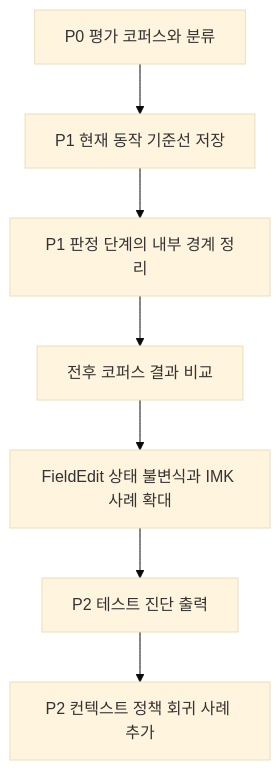
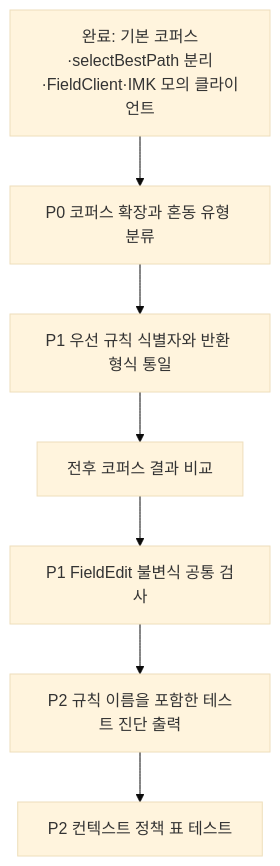
Before and after one commit to iasandcb/seto: the second of 2 diagrams in docs/proposal.md, drawn with Mermaid (base theme). The commit also changed other lines of this file and 7 other files, not shown here.

````diff
--- a/docs/proposal.md
+++ b/docs/proposal.md
@@ -107,9 +121,9 @@
 ```mermaid
 flowchart TD
-    A[P0 평가 코퍼스와 분류] --> B[P1 현재 동작 기준선 저장]
-    B --> C[P1 판정 단계의 내부 경계 정리]
+    A[완료: 기본 코퍼스·selectBestPath 분리·FieldClient·IMK 모의 클라이언트] --> B[P0 코퍼스 확장과 혼동 유형 분류]
+    B --> C[P1 우선 규칙 식별자와 반환 형식 통일]
     C --> D[전후 코퍼스 결과 비교]
-    D --> E[FieldEdit 상태 불변식과 IMK 사례 확대]
-    E --> F[P2 테스트 진단 출력]
-    F --> G[P2 컨텍스트 정책 회귀 사례 추가]
+    D --> E[P1 FieldEdit 불변식 공통 검사]
+    E --> F[P2 규칙 이름을 포함한 테스트 진단 출력]
+    F --> G[P2 컨텍스트 정책 표 테스트]
 ```
````
